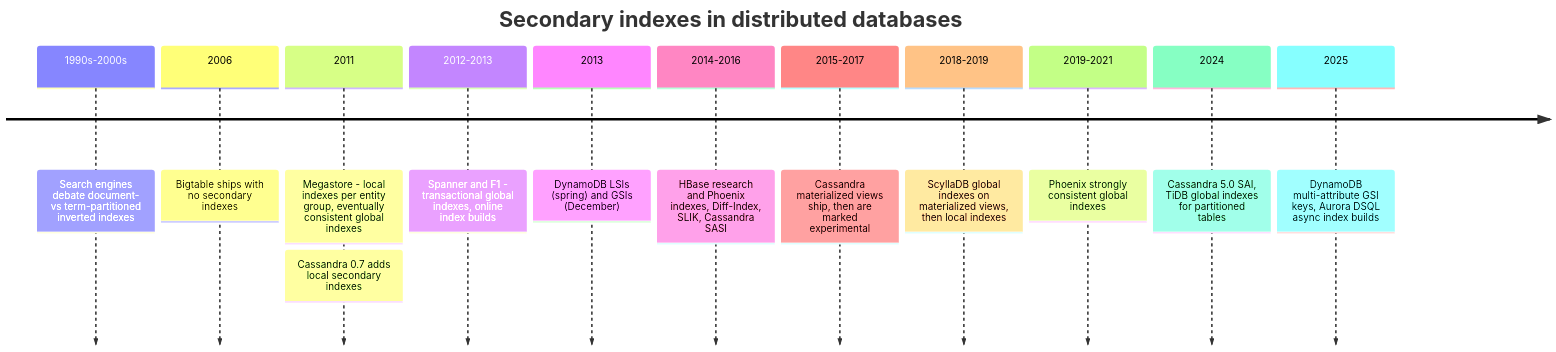
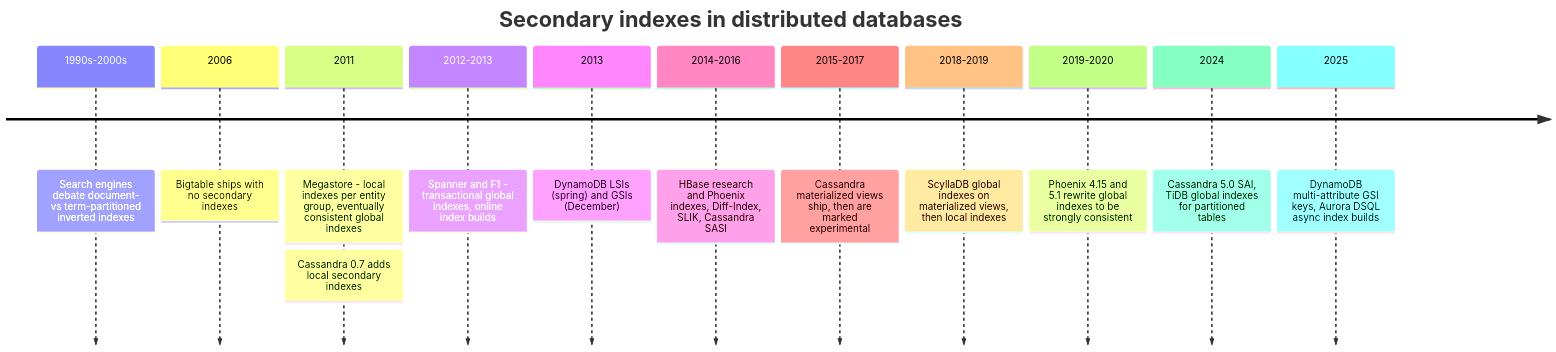
Before and after one commit to ImRuliad/Library-of-Alexandria: the second of 5 diagrams in Distributed Systems/Data & Storage/Secondary Indexes/Secondary Indexes.md, drawn with Mermaid. The commit also changed other lines of this file, not shown here.

First line of the commit message:
Secondary Indexes: fact-check against sources, mark complete

````diff
--- a/Distributed Systems/Data & Storage/Secondary Indexes/Secondary Indexes.md
+++ b/Distributed Systems/Data & Storage/Secondary Indexes/Secondary Indexes.md
@@ -177,16 +177,16 @@
 ```mermaid
 timeline
     title Secondary indexes in distributed databases
     1990s-2000s : Search engines debate document- vs term-partitioned inverted indexes
     2006 : Bigtable ships with no secondary indexes
     2011 : Megastore - local indexes per entity group, eventually consistent global indexes
          : Cassandra 0.7 adds local secondary indexes
     2012-2013 : Spanner and F1 - transactional global indexes, online index builds
     2013 : DynamoDB LSIs (spring) and GSIs (December)
     2014-2016 : HBase research and Phoenix indexes, Diff-Index, SLIK, Cassandra SASI
     2015-2017 : Cassandra materialized views ship, then are marked experimental
     2018-2019 : ScyllaDB global indexes on materialized views, then local indexes
-    2019-2021 : Phoenix strongly consistent global indexes
+    2019-2020 : Phoenix 4.15 and 5.1 rewrite global indexes to be strongly consistent
     2024 : Cassandra 5.0 SAI, TiDB global indexes for partitioned tables
     2025 : DynamoDB multi-attribute GSI keys, Aurora DSQL async index builds
 ```
````
